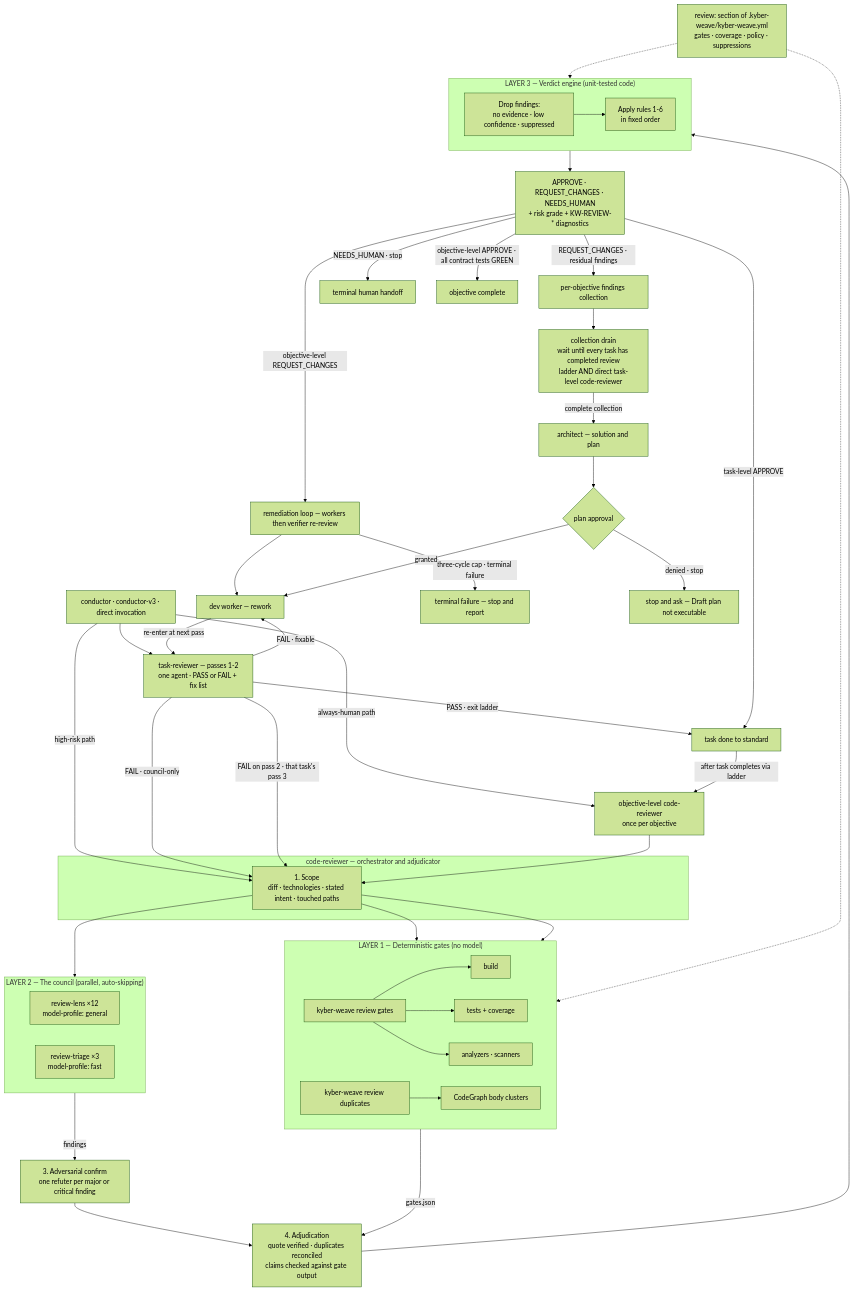
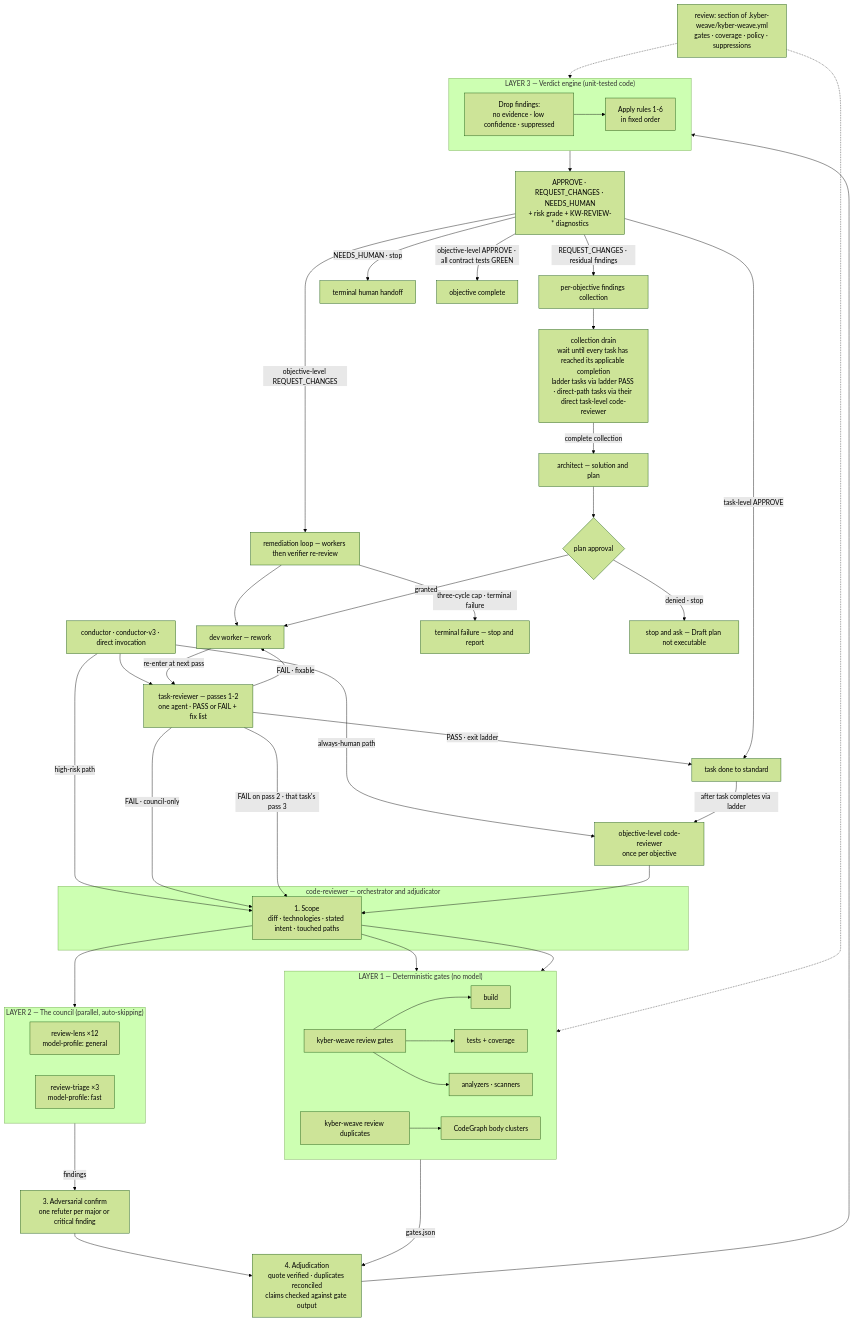
The first of 4 diagrams in docs/code-review/architecture.md (dpalfery/kyber-weave), drawn with Mermaid (forest theme) before and after one commit.

Commit message:
fix(squad): address round-10 CodeRabbit finding on task-reviewer

````diff
--- a/docs/code-review/architecture.md
+++ b/docs/code-review/architecture.md
@@ -40,65 +40,65 @@
 ```mermaid
 flowchart TD
     Cfg["review: section of .kyber-weave/kyber-weave.yml<br/>gates · coverage · policy · suppressions"]
     Caller["conductor · conductor-v3 · direct invocation"] --> Ladder
     Caller -->|"always-human path"| ObjReview
     Caller -->|"high-risk path"| Scope
     Worker["dev worker — rework"]
     Ladder["task-reviewer — passes 1-2<br/>one agent · PASS or FAIL + fix list"]
     Ladder -->|"PASS · exit ladder"| TaskDone["task done to standard"]
     Ladder -->|"FAIL · fixable"| Worker
     Worker -->|"re-enter at next pass"| Ladder
     Ladder -->|"FAIL · council-only"| Scope
     Ladder -->|"FAIL on pass 2 · that task's pass 3"| Scope
     TaskDone -->|"after task completes via ladder"| ObjReview["objective-level code-reviewer<br/>once per objective"]
     ObjReview --> Scope
 
     subgraph CR["code-reviewer — orchestrator and adjudicator"]
         Scope["1. Scope<br/>diff · technologies · stated intent · touched paths"]
     end
 
     Scope --> GR
     Scope --> DG
     Scope --> Council
 
     subgraph Gates["LAYER 1 — Deterministic gates (no model)"]
         direction LR
         GR["kyber-weave review gates"] --> G1["build"] & G2["tests + coverage"] & G3["analyzers · scanners"]
         DG["kyber-weave review duplicates"] --> G4["CodeGraph body clusters"]
     end
 
     subgraph Council["LAYER 2 — The council (parallel, auto-skipping)"]
         direction LR
         RL["review-lens ×12<br/>model-profile: general"]
         RT["review-triage ×3<br/>model-profile: fast"]
     end
 
     Council -->|"findings"| Confirm["3. Adversarial confirm<br/>one refuter per major or critical finding"]
     Confirm --> Adjudicate
     Gates -->|"gates.json"| Adjudicate
 
     Adjudicate["4. Adjudication<br/>quote verified · duplicates reconciled<br/>claims checked against gate output"] --> VE
 
     subgraph VE["LAYER 3 — Verdict engine (unit-tested code)"]
         direction LR
         Drop["Drop findings:<br/>no evidence · low confidence · suppressed"] --> Rules["Apply rules 1-6<br/>in fixed order"]
     end
 
     VE --> Out["APPROVE · REQUEST_CHANGES · NEEDS_HUMAN<br/>+ risk grade + KW-REVIEW-* diagnostics"]
 
     Out -->|"task-level APPROVE"| TaskDone
     Out -->|"REQUEST_CHANGES · residual findings"| Findings["per-objective findings collection"]
     Out -->|"NEEDS_HUMAN · stop"| Human["terminal human handoff"]
     Out -->|"objective-level APPROVE · all contract tests GREEN"| ObjComplete["objective complete"]
     Out -->|"objective-level REQUEST_CHANGES"| ObjRemed["remediation loop — workers then verifier re-review"]
     ObjRemed --> Worker
     ObjRemed -->|"three-cycle cap · terminal failure"| ObjFailed["terminal failure — stop and report"]
-    Findings --> Drain["collection drain<br/>wait until every task has completed review<br/>ladder AND direct task-level code-reviewer"]
+    Findings --> Drain["collection drain<br/>wait until every task has reached its applicable completion<br/>ladder tasks via ladder PASS · direct-path tasks via their direct task-level code-reviewer"]
     Drain -->|"complete collection"| Architect["architect — solution and plan"]
     Architect --> Approval{"plan approval"}
     Approval -->|"granted"| Worker
     Approval -->|"denied · stop"| PlanDenied["stop and ask — Draft plan not executable"]
 
     Cfg -.-> Gates
     Cfg -.-> VE
 ```
````
